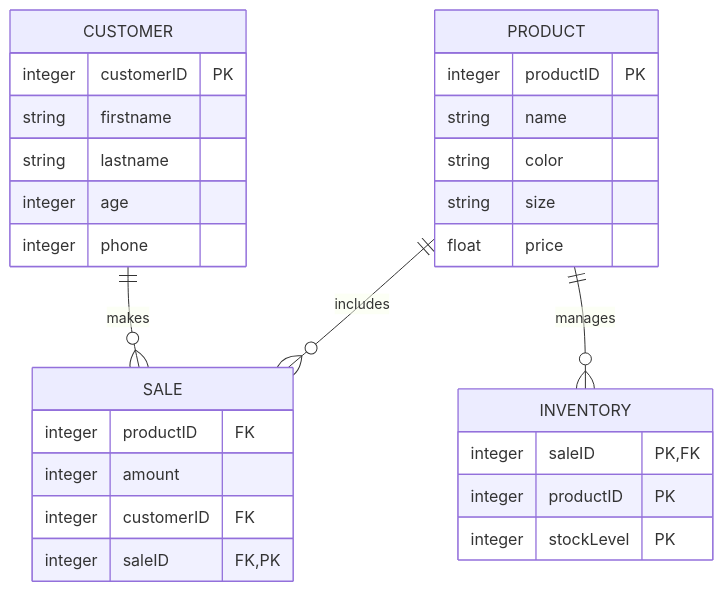
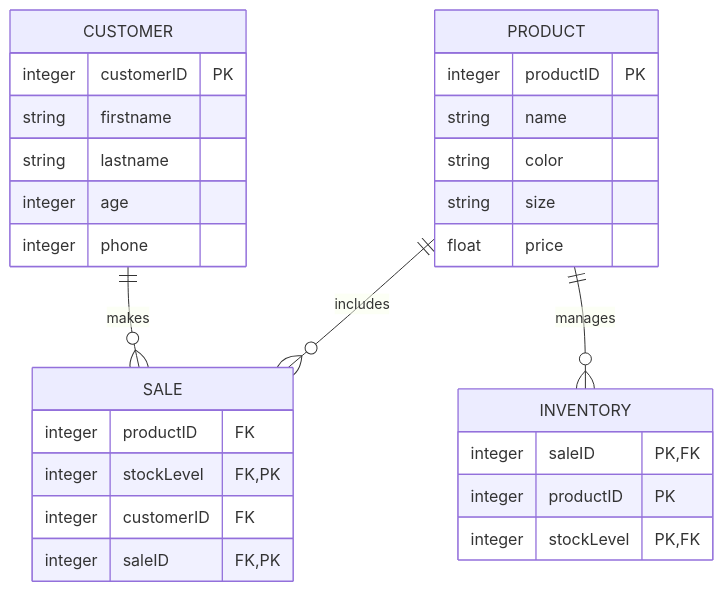
One commit to greysch/mermaid changed the diagram in NikeStore_ERD.md. Above: the diagram before and after it, drawn with Mermaid. The commit also changed other lines of this file, not shown here.

````diff
--- a/NikeStore_ERD.md
+++ b/NikeStore_ERD.md
@@ -3,32 +3,32 @@
 ```mermaid
 erDiagram
 PRODUCT {
   integer productID PK
   string name
   string color
   string size
   float price
 }
 CUSTOMER {
   integer customerID PK
   string firstname
   string lastname
   integer age
   integer phone
 }
 SALE {
   integer productID FK
-  integer amount
+  integer stockLevel FK, PK
   integer customerID FK
   integer saleID FK, PK
 }
 INVENTORY {
   integer saleID PK, FK
   integer productID PK
-  integer stockLevel PK
+  integer stockLevel PK, FK
 }
 
 PRODUCT ||--o{ SALE : includes
 PRODUCT ||--o{ INVENTORY : manages
 CUSTOMER ||--o{ SALE : makes
 ```
````
